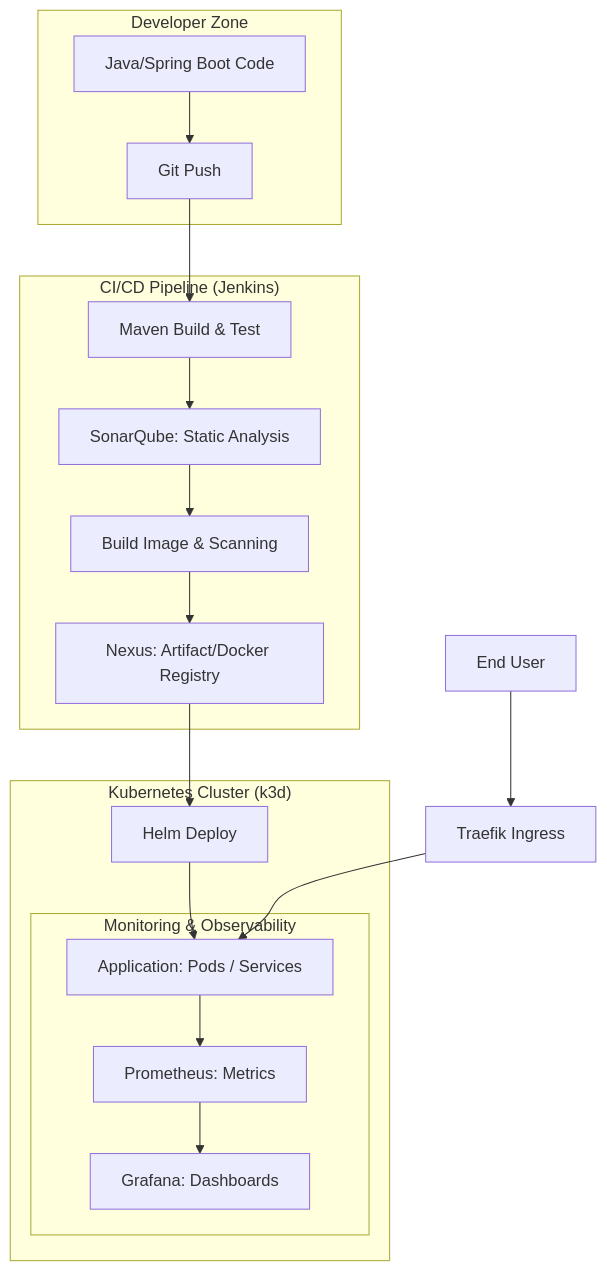
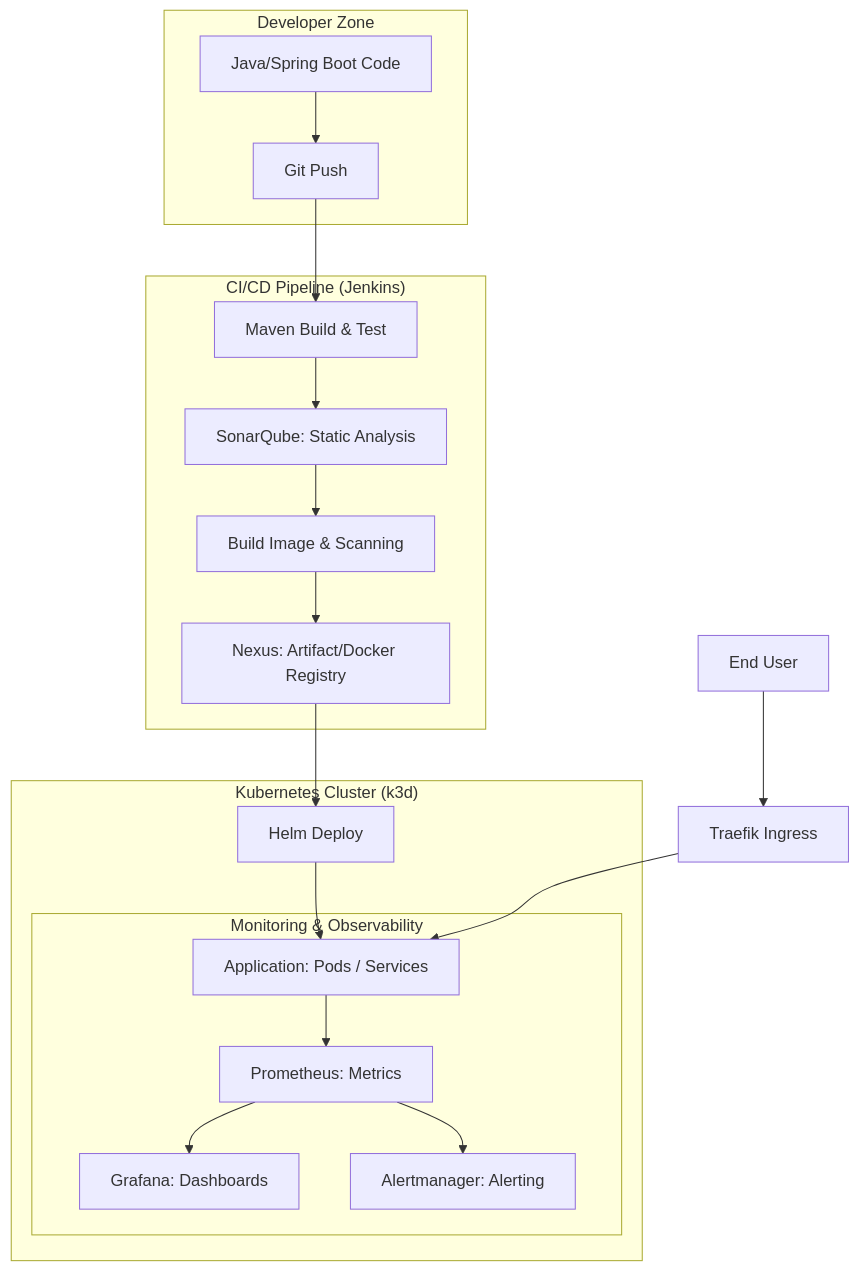
Before and after one commit to dawidbera/devops-observability-platform: the diagram in README.md, drawn with Mermaid. The commit also changed other lines of this file and 4 other files, not shown here.

Commit message:
feat: implement observability stack (Prometheus, Grafana, Alertmanager)

````diff
--- a/README.md
+++ b/README.md
@@ -7,26 +7,27 @@
 ```mermaid
 graph TD
     subgraph "Developer Zone"
         Code[Java/Spring Boot Code] --> Commit[Git Push]
     end
 
     subgraph "CI/CD Pipeline (Jenkins)"
         Commit --> Build[Maven Build & Test]
         Build --> Scan[SonarQube: Static Analysis]
         Scan --> Docker[Build Image & Scanning]
         Docker --> Nexus[Nexus: Artifact/Docker Registry]
     end
 
     subgraph "Kubernetes Cluster (k3d)"
         Nexus --> Deploy[Helm Deploy]
         Deploy --> Pods[Application: Pods / Services]
         
         subgraph "Monitoring & Observability"
             Pods --> Prometheus[Prometheus: Metrics]
             Prometheus --> Grafana[Grafana: Dashboards]
+            Prometheus --> Alerts[Alertmanager: Alerting]
         end
     end
 
     User[End User] --> Ingress[Traefik Ingress]
     Ingress --> Pods
 ```
````
